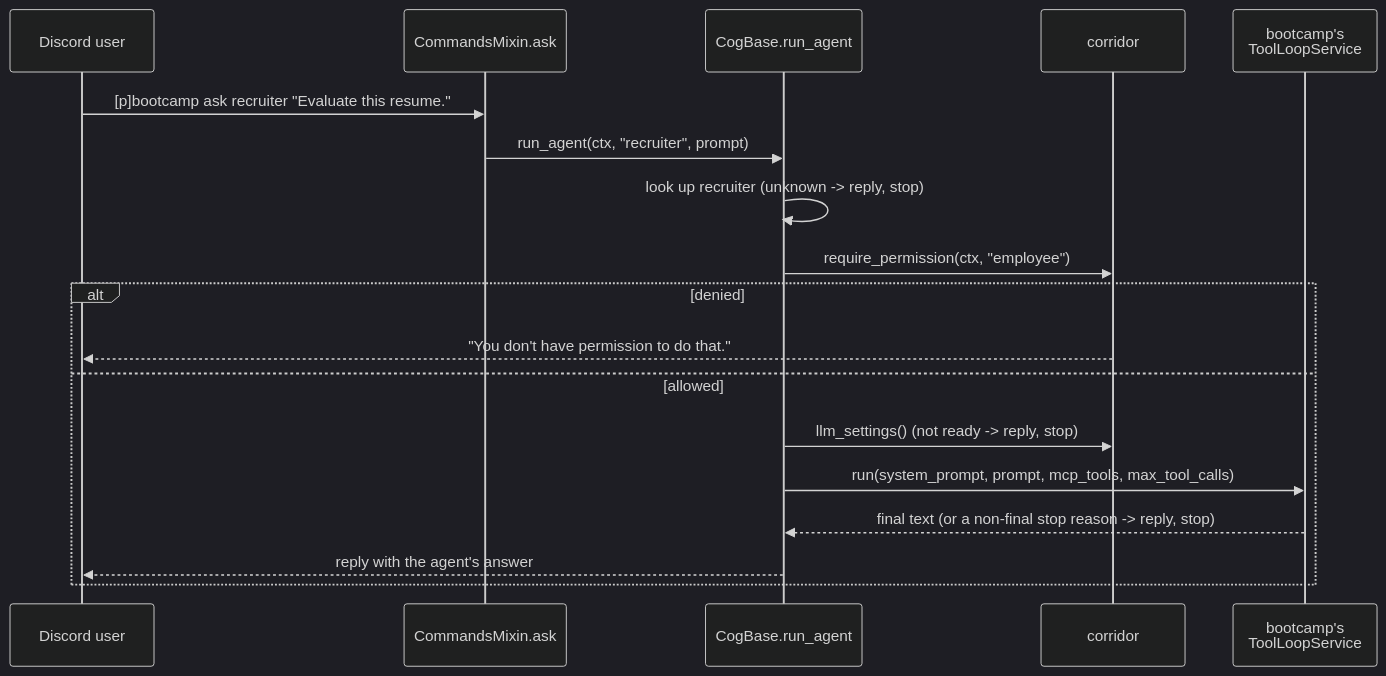
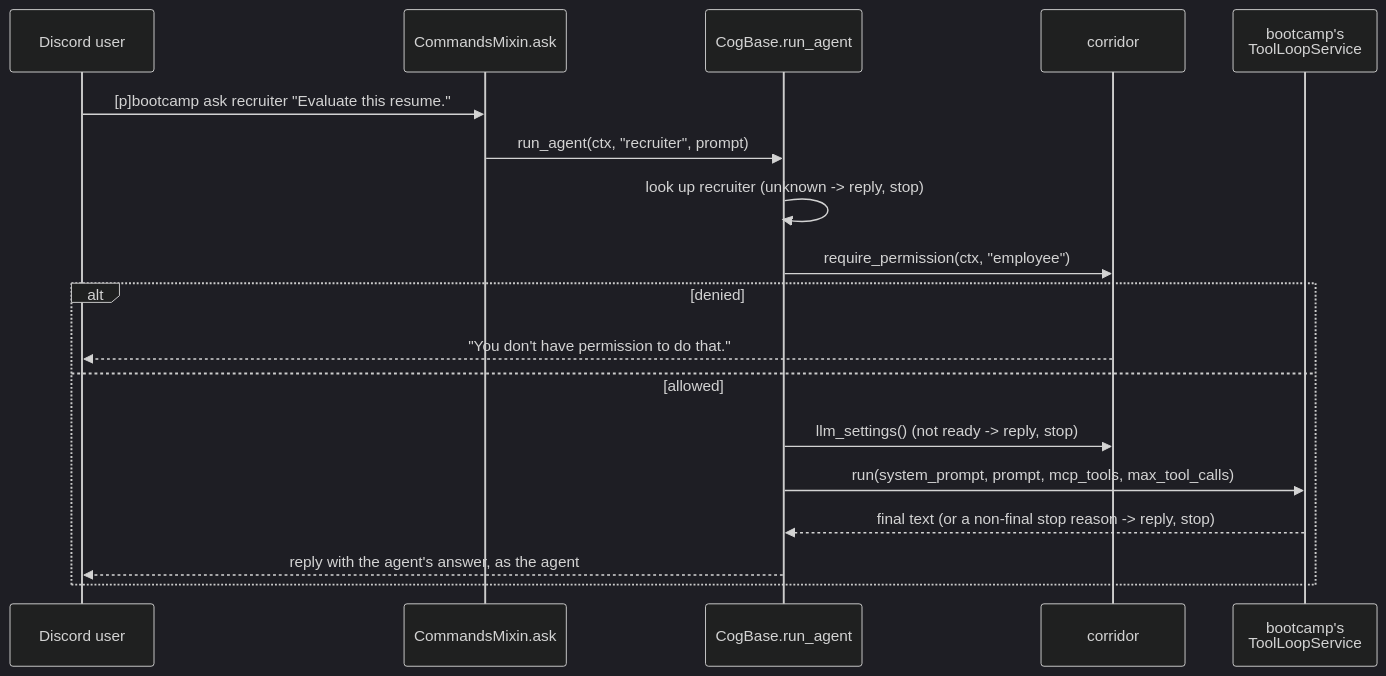
Before and after one commit to pixel-agents-hq/pixel-agents-cogs: the fourth of 4 diagrams in docs/bootcamp-design.md, drawn with Mermaid (dark theme). The commit also changed other lines of this file and 39 other files, not shown here.

````diff
--- a/docs/bootcamp-design.md
+++ b/docs/bootcamp-design.md
@@ -263,21 +263,21 @@
 ```mermaid
 sequenceDiagram
     participant U as Discord user
     participant Cmd as CommandsMixin.ask
     participant Cog as CogBase.run_agent
     participant Corridor as corridor
     participant TL as bootcamp's<br/>ToolLoopService
 
     U->>Cmd: [p]bootcamp ask recruiter "Evaluate this resume."
     Cmd->>Cog: run_agent(ctx, "recruiter", prompt)
     Cog->>Cog: look up recruiter (unknown -> reply, stop)
     Cog->>Corridor: require_permission(ctx, "employee")
     alt denied
         Corridor-->>U: "You don't have permission to do that."
     else allowed
         Cog->>Corridor: llm_settings() (not ready -> reply, stop)
         Cog->>TL: run(system_prompt, prompt, mcp_tools, max_tool_calls)
         TL-->>Cog: final text (or a non-final stop reason -> reply, stop)
-        Cog-->>U: reply with the agent's answer
+        Cog-->>U: reply with the agent's answer, as the agent
     end
 ```
````
